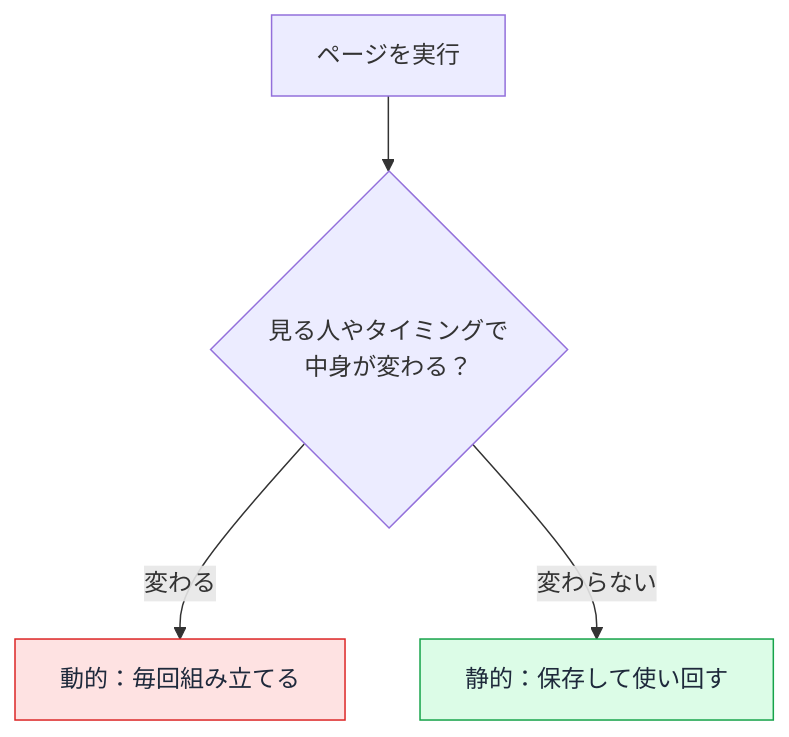
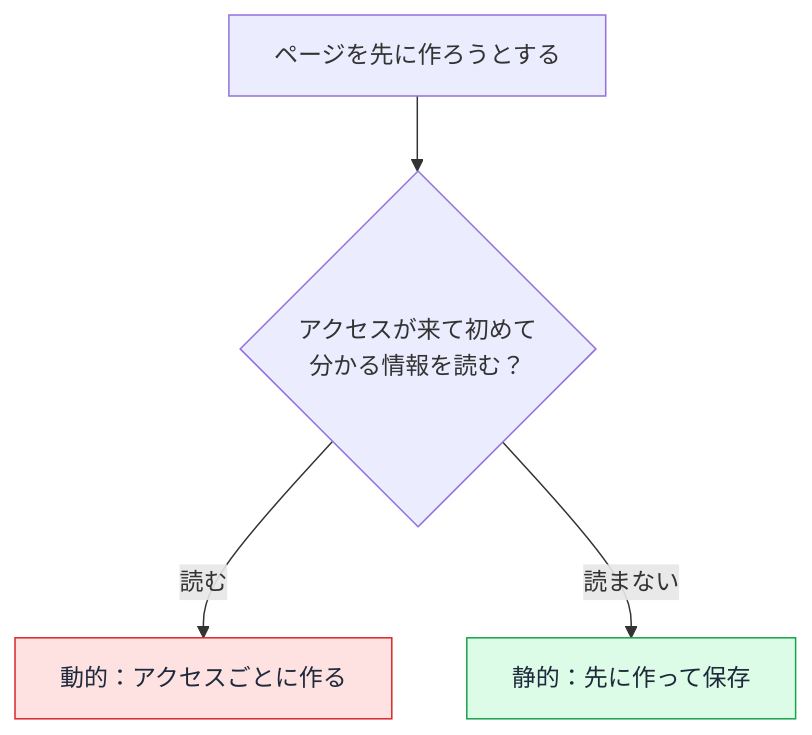
The second of 3 diagrams in docs/drafts/106/index.md (ozaki25/web-front-training-ozaki25), drawn with Mermaid before and after one commit. The commit also changed other lines of this file, not shown here.

Commit message:
106: 静的/動的の判定を「ビルド時に先に作れるか（アクセス時にしか分からない情報を読むか）」の仕組みで説明し直し、図もその軸に変更

````diff
--- a/docs/drafts/106/index.md
+++ b/docs/drafts/106/index.md
@@ -72,8 +72,8 @@
 ```mermaid
 flowchart TD
-    P["ページを実行"] --> Q{"見る人やタイミングで<br/>中身が変わる？"}
-    Q -->|変わる| D["動的：毎回組み立てる"]
-    Q -->|変わらない| S["静的：保存して使い回す"]
+    P["ページを先に作ろうとする"] --> Q{"アクセスが来て初めて<br/>分かる情報を読む？"}
+    Q -->|読む| D["動的：アクセスごとに作る"]
+    Q -->|読まない| S["静的：先に作って保存"]
     style D fill:#fee2e2,color:#1e293b,stroke:#dc2626
     style S fill:#dcfce7,color:#1e293b,stroke:#16a34a
 ```
````
